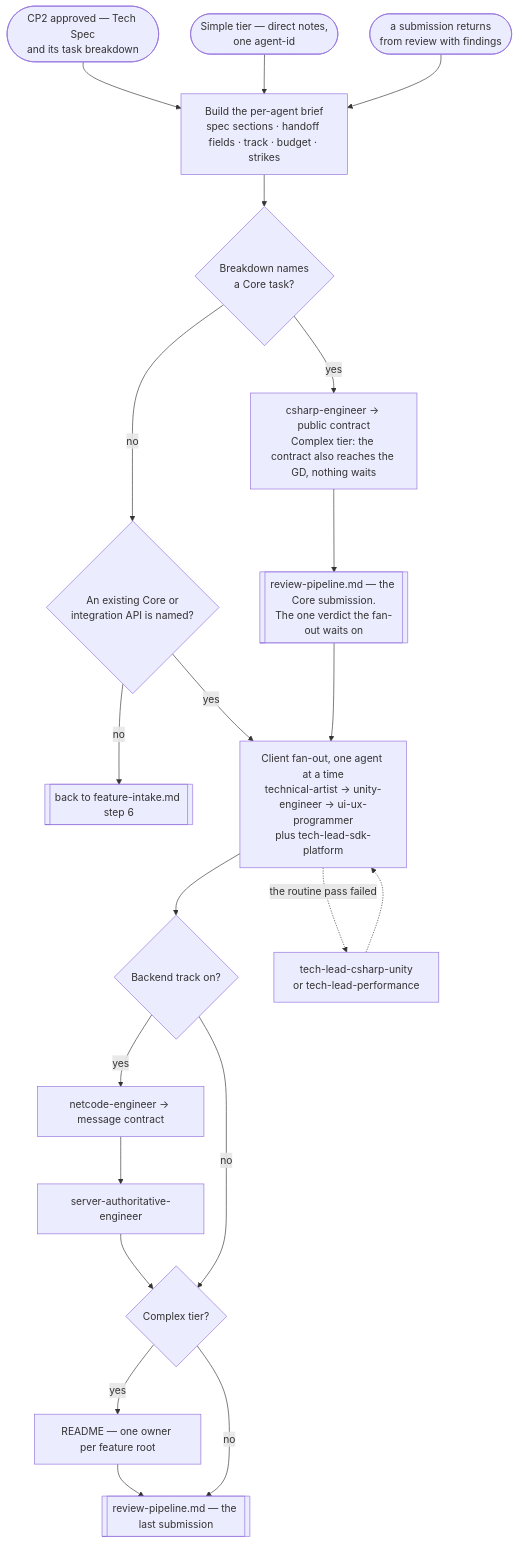
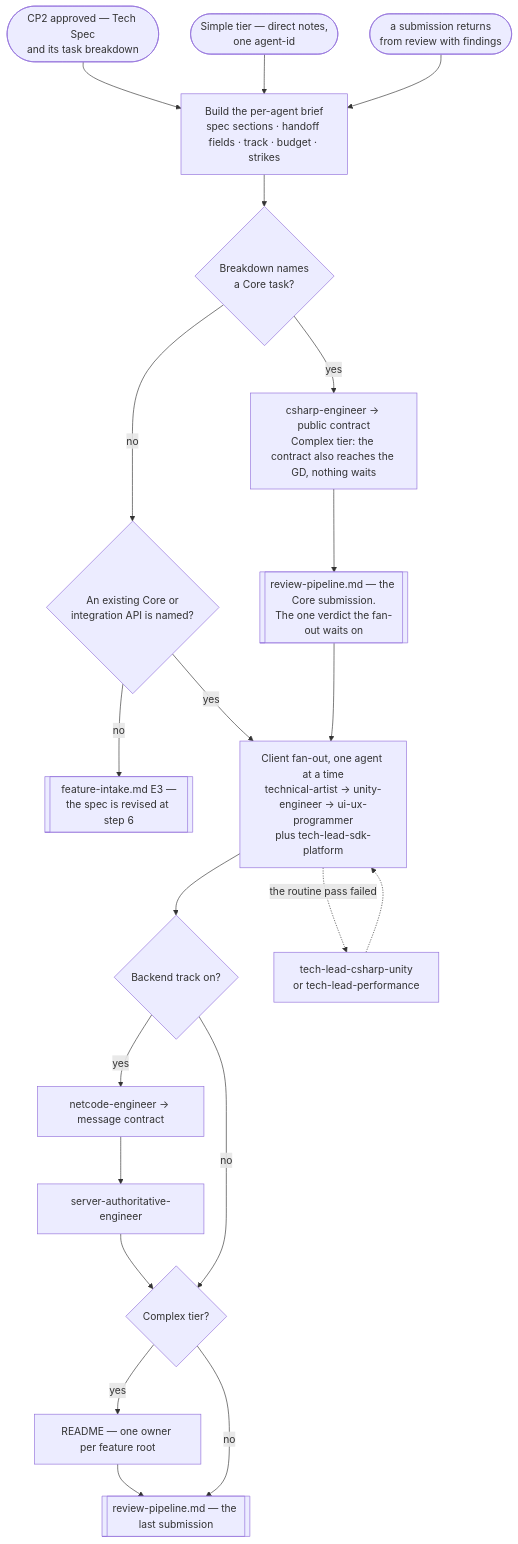
The diagram in .claude/workflows/feature-development.md (PhuNguyen182/AI-For-Game-Development), drawn with Mermaid before and after one commit. The commit also changed other lines of this file and 5 other files, not shown here.

````diff
--- a/.claude/workflows/feature-development.md
+++ b/.claude/workflows/feature-development.md
@@ -38,28 +38,28 @@
 ```mermaid
 flowchart TD
     E1([CP2 approved — Tech Spec<br/>and its task breakdown]) --> Brief
     E2([Simple tier — direct notes,<br/>one agent-id]) --> Brief
     E3([a submission returns<br/>from review with findings]) --> Brief
 
     Brief[Build the per-agent brief<br/>spec sections · handoff fields · track · budget · strikes] --> Core{Breakdown names<br/>a Core task?}
     Core -->|no| Named{An existing Core or<br/>integration API is named?}
-    Named -->|no| Gap[[back to feature-intake.md step 6]]
+    Named -->|no| Gap[[feature-intake.md E3 —<br/>the spec is revised at step 6]]
     Core -->|yes| CS[csharp-engineer → public contract<br/>Complex tier: the contract also reaches the GD, nothing waits]
 
     CS --> CoreRev[[review-pipeline.md — the Core submission.<br/>The one verdict the fan-out waits on]]
     CoreRev --> Fan
     Named -->|yes| Fan
 
     Fan[Client fan-out, one agent at a time<br/>technical-artist → unity-engineer → ui-ux-programmer<br/>plus tech-lead-sdk-platform] --> Track{Backend track on?}
     Fan -.->|the routine pass failed| TL[tech-lead-csharp-unity<br/>or tech-lead-performance]
     TL -.-> Fan
 
     Track -->|yes| Net[netcode-engineer → message contract]
     Track -->|no| Doc
     Net --> Auth[server-authoritative-engineer]
     Auth --> Doc
 
     Doc{Complex tier?} -->|yes| RM[README — one owner per feature root]
     Doc -->|no| Rev
     RM --> Rev[[review-pipeline.md — the last submission]]
 ```
````
